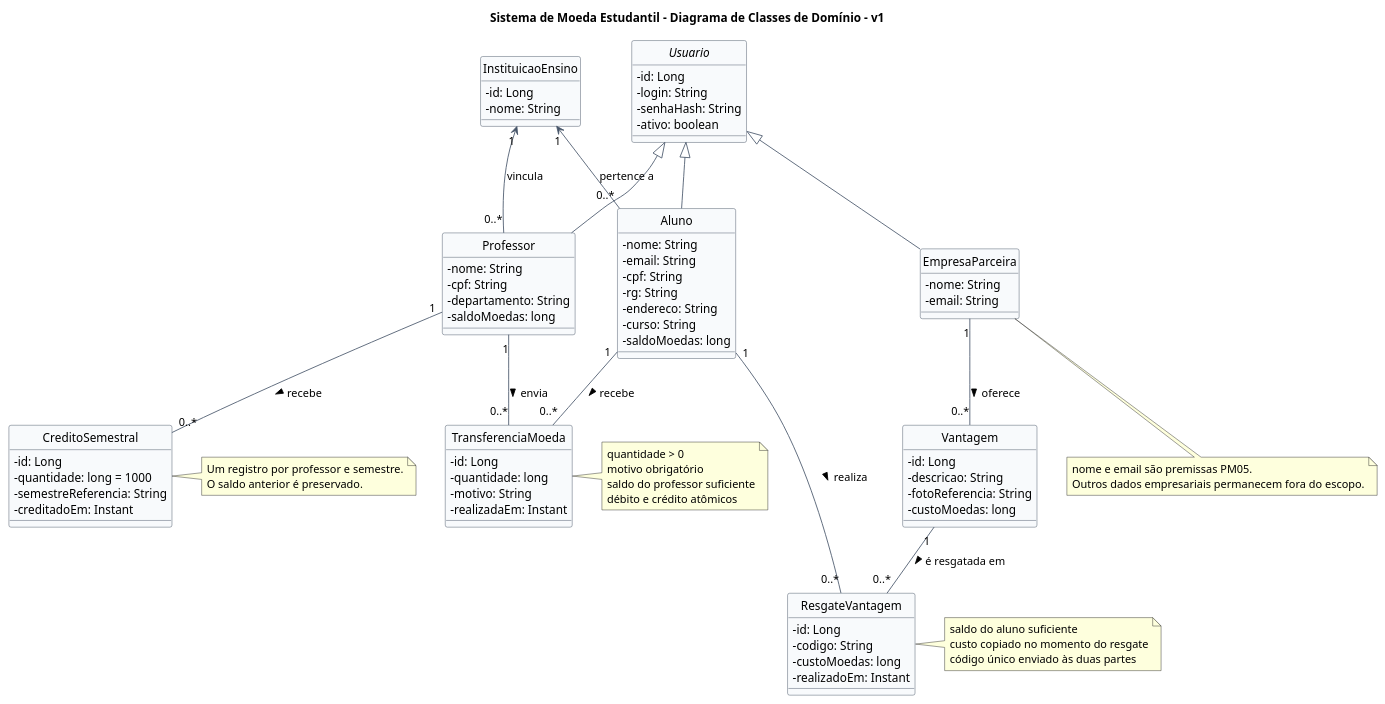
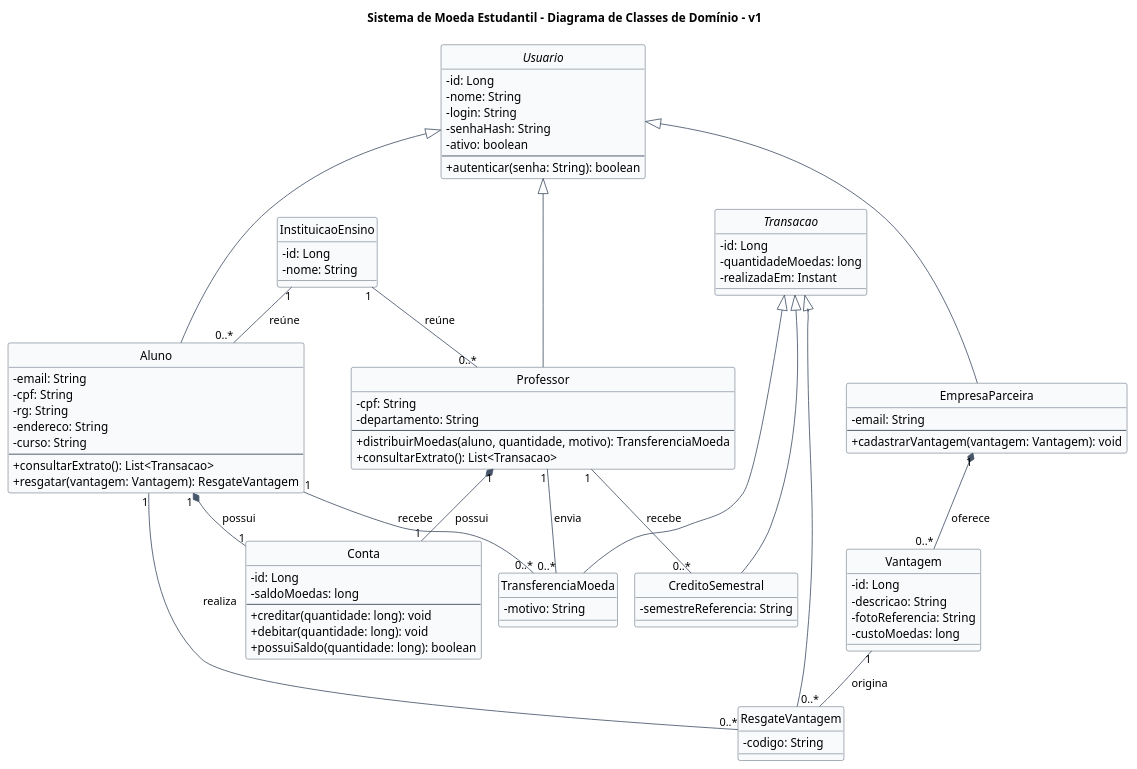
The diagram in docs/sprint-01/diagramas/v1/classes.puml (mariaclaranerii/sistema-moeda-estudantil), drawn with PlantUML before and after one commit. The commit also changed 10 other files, not shown here.

Commit message:
docs(sprint-01): revisar diagramas UML

```diff
--- a/docs/sprint-01/diagramas/v1/classes.puml
+++ b/docs/sprint-01/diagramas/v1/classes.puml
@@ -1,112 +1,118 @@
 @startuml
+!pragma layout smetana
 title Sistema de Moeda Estudantil - Diagrama de Classes de Domínio - v1
+top to bottom direction
 hide circle
 skinparam shadowing false
 skinparam classAttributeIconSize 0
+skinparam nodesep 55
+skinparam ranksep 50
 skinparam class {
   BackgroundColor #F8FAFC
   BorderColor #334155
   ArrowColor #475569
 }
 
 abstract class Usuario {
   - id: Long
+  - nome: String
   - login: String
   - senhaHash: String
   - ativo: boolean
+  --
+  + autenticar(senha: String): boolean
 }
 
 class Aluno {
-  - nome: String
   - email: String
   - cpf: String
   - rg: String
   - endereco: String
   - curso: String
-  - saldoMoedas: long
+  --
+  + consultarExtrato(): List<Transacao>
+  + resgatar(vantagem: Vantagem): ResgateVantagem
 }
 
 class Professor {
-  - nome: String
   - cpf: String
   - departamento: String
-  - saldoMoedas: long
+  --
+  + distribuirMoedas(aluno, quantidade, motivo): TransferenciaMoeda
+  + consultarExtrato(): List<Transacao>
 }
 
 class EmpresaParceira {
-  - nome: String
   - email: String
+  --
+  + cadastrarVantagem(vantagem: Vantagem): void
+}
+
+class Conta {
+  - id: Long
+  - saldoMoedas: long
+  --
+  + creditar(quantidade: long): void
+  + debitar(quantidade: long): void
+  + possuiSaldo(quantidade: long): boolean
 }
 
 class InstituicaoEnsino {
   - id: Long
   - nome: String
 }
 
 class Vantagem {
   - id: Long
   - descricao: String
   - fotoReferencia: String
   - custoMoedas: long
 }
 
-class TransferenciaMoeda {
+abstract class Transacao {
   - id: Long
-  - quantidade: long
-  - motivo: String
+  - quantidadeMoedas: long
   - realizadaEm: Instant
 }
 
-class ResgateVantagem {
-  - id: Long
-  - codigo: String
-  - custoMoedas: long
-  - realizadoEm: Instant
+class TransferenciaMoeda {
+  - motivo: String
 }
 
 class CreditoSemestral {
-  - id: Long
-  - quantidade: long = 1000
   - semestreReferencia: String
-  - creditadoEm: Instant
 }
 
-Usuario <|-- Aluno
-Usuario <|-- Professor
-Usuario <|-- EmpresaParceira
+class ResgateVantagem {
+  - codigo: String
+}
 
-InstituicaoEnsino "1" <-- "0..*" Aluno : pertence a
-InstituicaoEnsino "1" <-- "0..*" Professor : vincula
+Usuario <|--down- Aluno
+Usuario <|--down- Professor
+Usuario <|--down- EmpresaParceira
+
+Aluno "1" *-- "1" Conta : possui >
+Professor "1" *-- "1" Conta : possui >
+
+InstituicaoEnsino "1" -- "0..*" Aluno : reúne >
+InstituicaoEnsino "1" -- "0..*" Professor : reúne >
+EmpresaParceira "1" *-- "0..*" Vantagem : oferece >
+
+Transacao <|--down- TransferenciaMoeda
+Transacao <|--down- CreditoSemestral
+Transacao <|--down- ResgateVantagem
 
 Professor "1" -- "0..*" TransferenciaMoeda : envia >
 Aluno "1" -- "0..*" TransferenciaMoeda : recebe >
+Professor "1" -- "0..*" CreditoSemestral : recebe >
+Aluno "1" -- "0..*" ResgateVantagem : realiza >
+Vantagem "1" -- "0..*" ResgateVantagem : origina >
 
-EmpresaParceira "1" -- "0..*" Vantagem : oferece >
-Aluno "1" -- "0..*" ResgateVantagem : realiza >
-Vantagem "1" -- "0..*" ResgateVantagem : é resgatada em >
+Aluno -[hidden]right- Professor
+Professor -[hidden]right- EmpresaParceira
+InstituicaoEnsino -[hidden]right- Conta
+Conta -[hidden]right- Vantagem
+TransferenciaMoeda -[hidden]right- CreditoSemestral
+CreditoSemestral -[hidden]right- ResgateVantagem
 
-Professor "1" -- "0..*" CreditoSemestral : recebe >
-
-note right of TransferenciaMoeda
-  quantidade > 0
-  motivo obrigatório
-  saldo do professor suficiente
-  débito e crédito atômicos
-end note
-
-note right of ResgateVantagem
-  saldo do aluno suficiente
-  custo copiado no momento do resgate
-  código único enviado às duas partes
-end note
-
-note right of CreditoSemestral
-  Um registro por professor e semestre.
-  O saldo anterior é preservado.
-end note
-
-note bottom of EmpresaParceira
-  nome e email são premissas PM05.
-  Outros dados empresariais permanecem fora do escopo.
-end note
 @enduml
```
